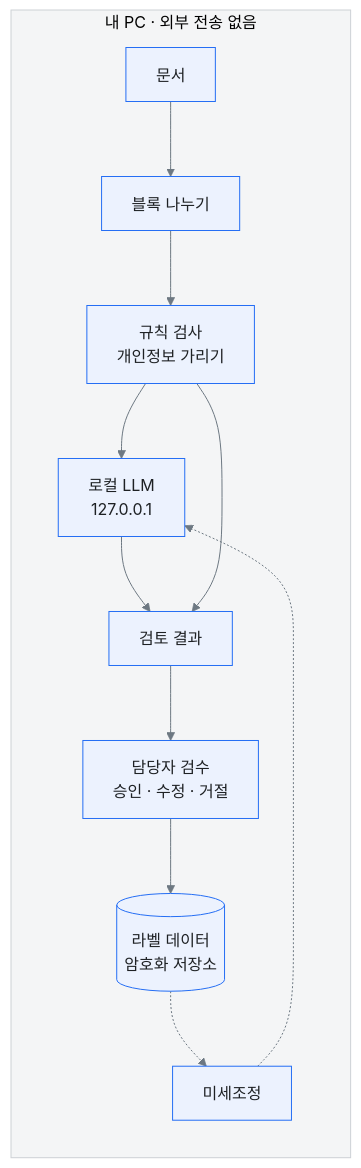
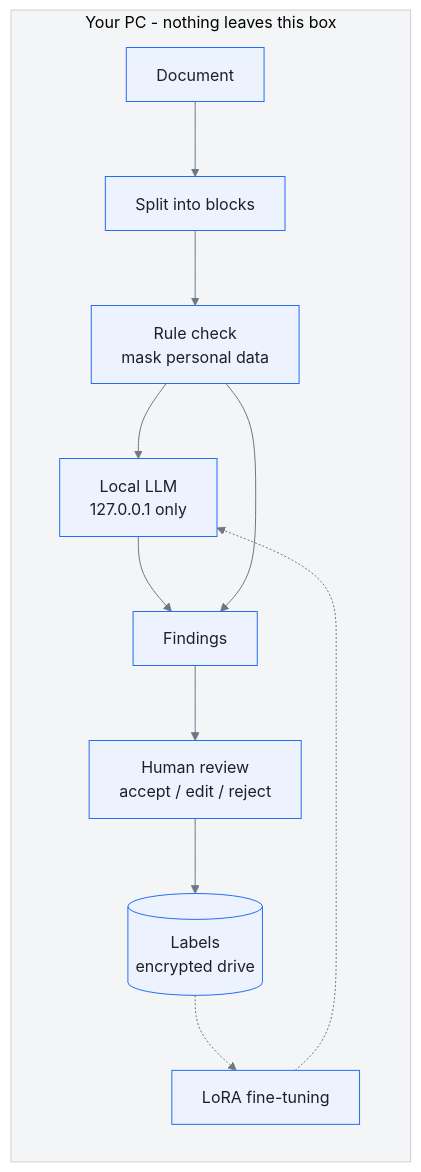
Before and after one commit to Mirotoc/Govdoc-agent: the diagram in README.md, drawn with Mermaid. The commit also changed other lines of this file and 21 other files, not shown here.

````diff
--- a/README.md
+++ b/README.md
@@ -47,15 +51,15 @@
 ```mermaid
-%%{init: {'theme':'base','themeVariables':{'fontFamily':'Pretendard GOV, Pretendard, Malgun Gothic, sans-serif','primaryColor':'#ecf2fe','primaryBorderColor':'#256ef4','primaryTextColor':'#1e2124','lineColor':'#6d7882','clusterBkg':'#f4f5f6','clusterBorder':'#cdd1d5'}}}%%
+%%{init: {'theme':'base','themeVariables':{'fontFamily':'Segoe UI, Helvetica, Arial, sans-serif','primaryColor':'#ecf2fe','primaryBorderColor':'#256ef4','primaryTextColor':'#1e2124','lineColor':'#6d7882','clusterBkg':'#f4f5f6','clusterBorder':'#cdd1d5'}}}%%
 flowchart LR
-    subgraph PC["내 PC · 외부 전송 없음"]
-        A[문서] --> B[블록 나누기]
-        B --> C[규칙 검사<br/>개인정보 가리기]
-        C --> D[로컬 LLM<br/>127.0.0.1]
-        D --> E[검토 결과]
+    subgraph PC["Your PC - nothing leaves this box"]
+        A[Document] --> B[Split into blocks]
+        B --> C[Rule check<br/>mask personal data]
+        C --> D[Local LLM<br/>127.0.0.1 only]
+        D --> E[Findings]
         C --> E
-        E --> F[담당자 검수<br/>승인 · 수정 · 거절]
-        F --> G[(라벨 데이터<br/>암호화 저장소)]
-        G -.-> H[미세조정]
+        E --> F[Human review<br/>accept / edit / reject]
+        F --> G[(Labels<br/>encrypted drive)]
+        G -.-> H[LoRA fine-tuning]
         H -.-> D
     end
 ```
````
